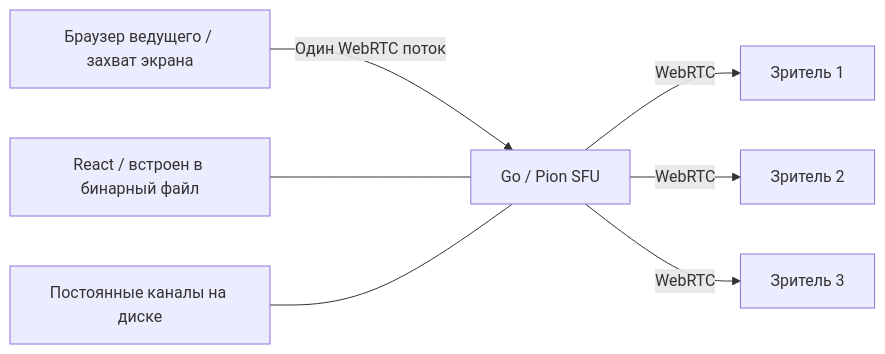
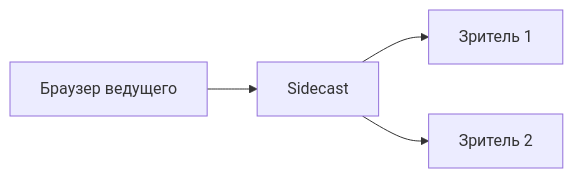
Before and after one commit to Cybervaldemar/sidecast: the diagram in README.md, drawn with Mermaid. The commit also changed other lines of this file and 44 other files, not shown here.

````diff
--- a/README.md
+++ b/README.md
@@ -71,9 +71,6 @@
 ```mermaid
 flowchart LR
-  A[Браузер ведущего / захват экрана] -->|Один WebRTC поток| B[Go / Pion SFU]
-  B -->|WebRTC| C[Зритель 1]
-  B -->|WebRTC| D[Зритель 2]
-  B -->|WebRTC| E[Зритель 3]
-  F[React / встроен в бинарный файл] --- B
-  G[Постоянные каналы на диске] --- B
+  Host[Браузер ведущего] --> Server[Sidecast]
+  Server --> Viewer1[Зритель 1]
+  Server --> Viewer2[Зритель 2]
 ```
````
